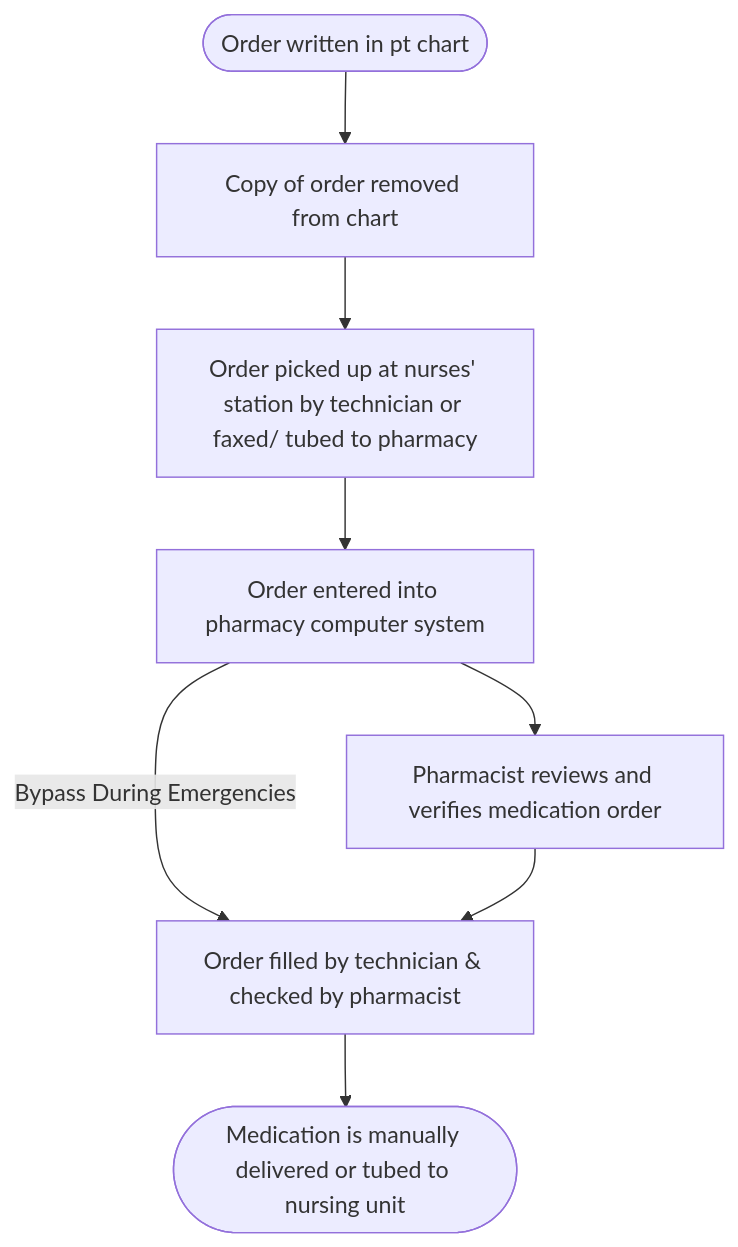
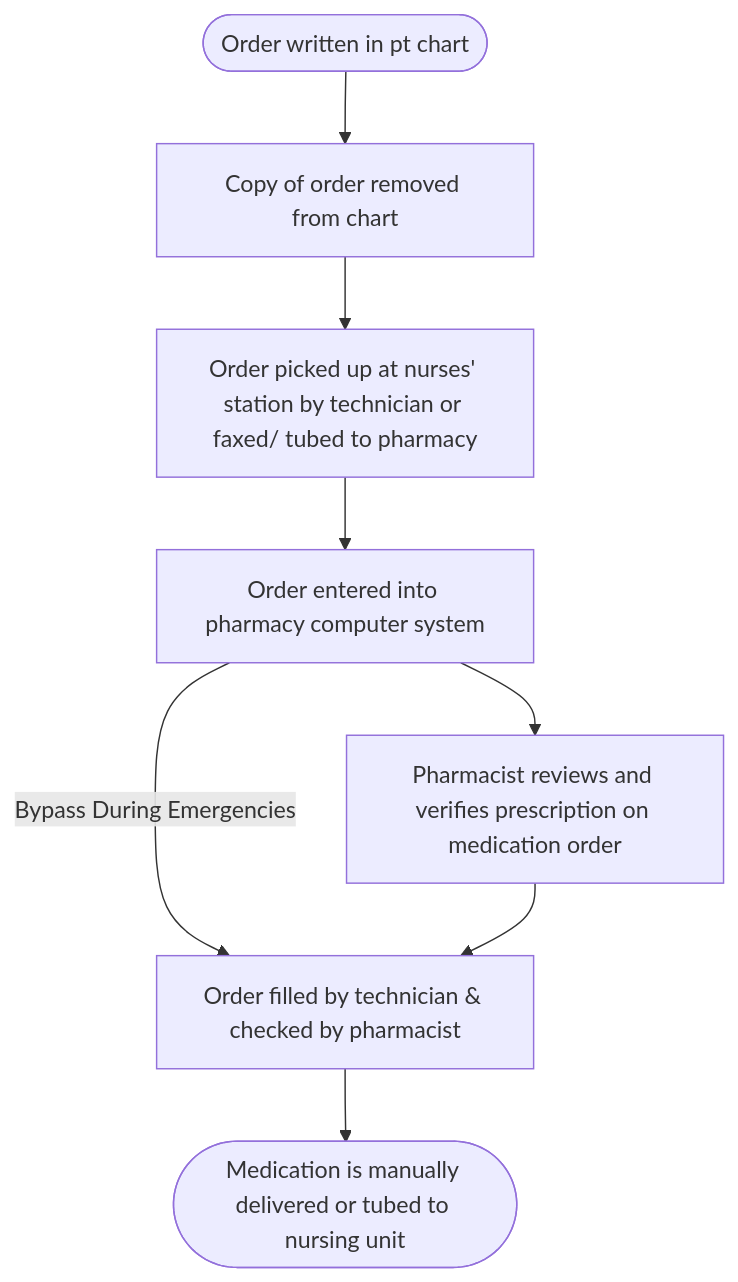
One commit to ctnava/rxtechnotes changed the first of 2 diagrams in ref/settings/hospital.md. Above: the diagram before and after it, drawn with Mermaid. The commit also changed other lines of this file and 10 other files, not shown here.

````diff
--- a/ref/settings/hospital.md
+++ b/ref/settings/hospital.md
@@ -260,11 +260,11 @@
 ```mermaid
 graph TD;
   A(["`Order written in pt chart`"]);
   A-->B["`Copy of order removed from chart`"];
   B-->C["`Order picked up at nurses' station by technician or faxed/ tubed to pharmacy`"];
   C-->D["`Order entered into pharmacy computer system`"];
-  D-->E["`Pharmacist reviews and verifies medication order`"];
+  D-->E["`Pharmacist reviews and verifies prescription on medication order`"];
   D--"`Bypass During Emergencies`"-->F;
   E-->F["`Order filled by technician & checked by pharmacist`"];
   F-->G(["`Medication is manually delivered or tubed to nursing unit`"]);
 ```
````
